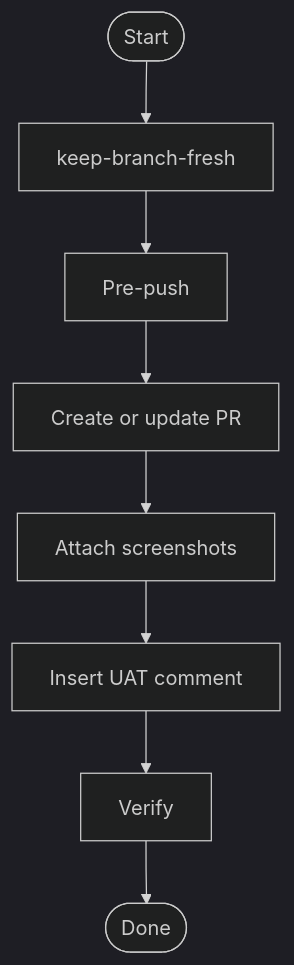
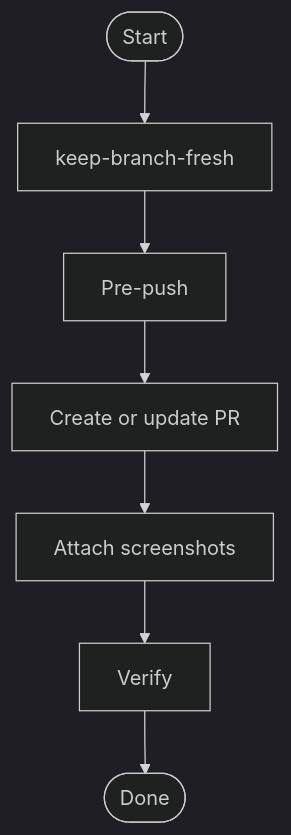
The diagram in skills/workflow/pr-handoff/SKILL.md (35iter-cn/agents-config), drawn with Mermaid (dark theme) before and after one commit. The commit also changed other lines of this file and 10 other files, not shown here.

````diff
--- a/skills/workflow/pr-handoff/SKILL.md
+++ b/skills/workflow/pr-handoff/SKILL.md
@@ -78,10 +69,9 @@
 ```mermaid
 flowchart TD
     A([Start]) --> B[keep-branch-fresh]
     B --> C[Pre-push]
     C --> D[Create or update PR]
     D --> E[Attach screenshots]
-    E --> F[Insert UAT comment]
-    F --> G[Verify]
-    G --> H([Done])
+    E --> F[Verify]
+    F --> H([Done])
 ```
````
